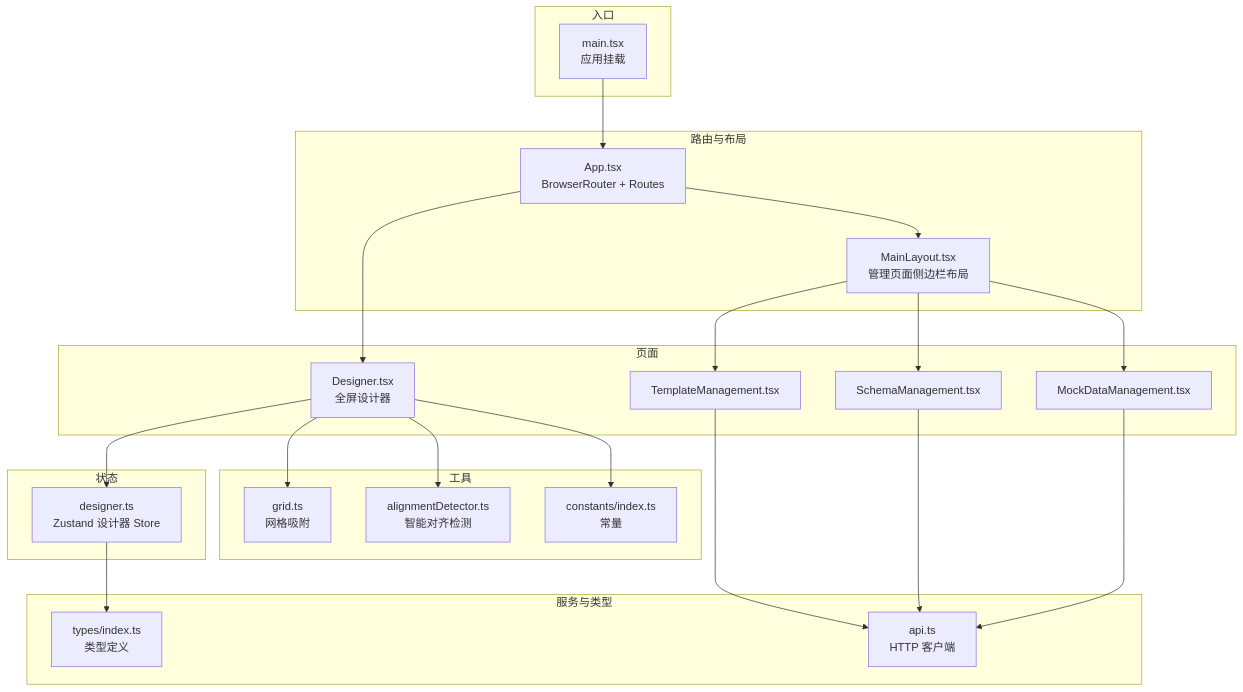
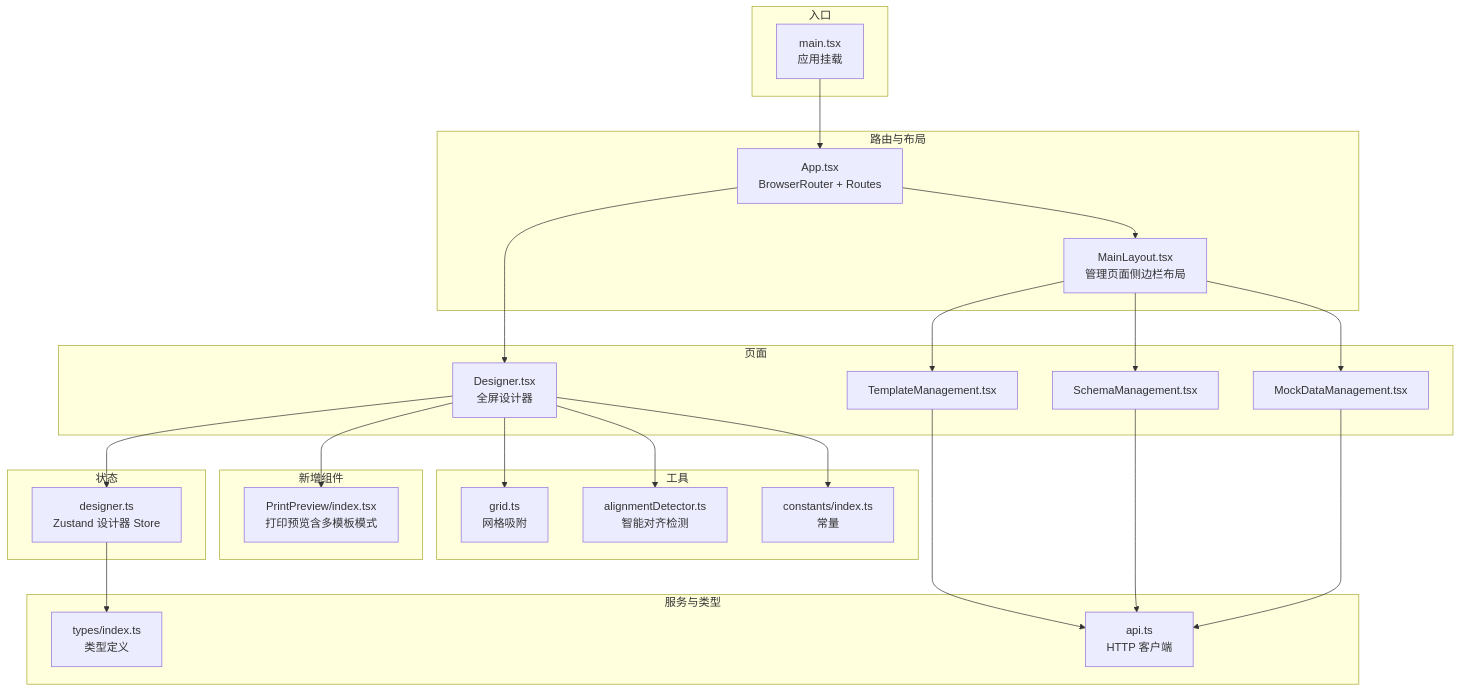
The first of 10 diagrams in .qoder/repowiki/zh/content/设计器前端应用/架构设计.md (joker-yjc/printer), drawn with Mermaid before and after one commit. The commit also changed other lines of this file and 4 other files, not shown here.

````diff
--- a/.qoder/repowiki/zh/content/设计器前端应用/架构设计.md
+++ b/.qoder/repowiki/zh/content/设计器前端应用/架构设计.md
@@ -52,42 +54,46 @@
 ```mermaid
 graph TB
 subgraph "入口"
 A["main.tsx<br/>应用挂载"]
 end
 subgraph "路由与布局"
 B["App.tsx<br/>BrowserRouter + Routes"]
 C["MainLayout.tsx<br/>管理页面侧边栏布局"]
 end
 subgraph "页面"
 D["Designer.tsx<br/>全屏设计器"]
 E["TemplateManagement.tsx"]
 F["SchemaManagement.tsx"]
 G["MockDataManagement.tsx"]
 end
 subgraph "状态"
 H["designer.ts<br/>Zustand 设计器 Store"]
 end
 subgraph "服务与类型"
 I["api.ts<br/>HTTP 客户端"]
 J["types/index.ts<br/>类型定义"]
 end
 subgraph "工具"
 K["grid.ts<br/>网格吸附"]
 L["alignmentDetector.ts<br/>智能对齐检测"]
 M["constants/index.ts<br/>常量"]
 end
+subgraph "新增组件"
+N["PrintPreview/index.tsx<br/>打印预览含多模板模式"]
+end
 A --> B
 B --> D
 B --> C
 C --> E
 C --> F
 C --> G
 D --> H
+D --> N
 E --> I
 F --> I
 G --> I
 D --> K
 D --> L
 D --> M
 H --> J
 ```
````
